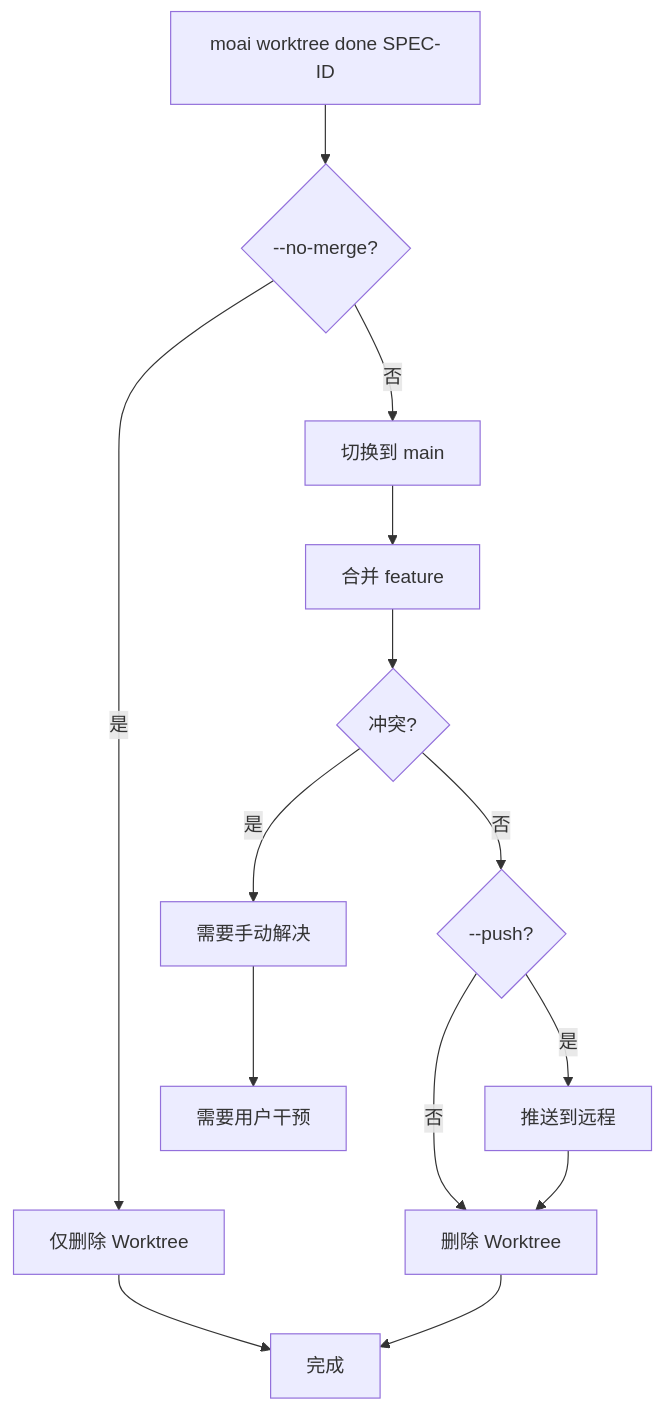
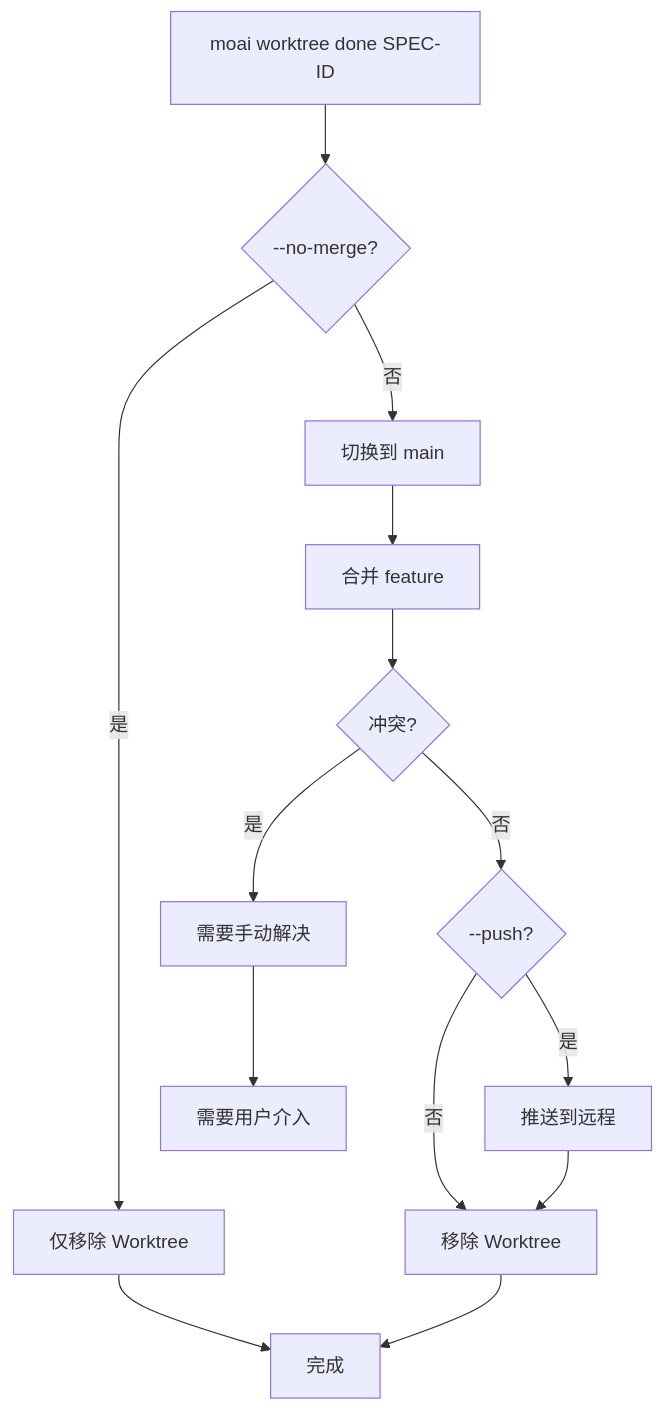
The fifth of 9 diagrams in docs-site/content/zh/worktree/faq.md (modu-ai/moai-adk), drawn with Mermaid before and after one commit. The commit also changed other lines of this file and 395 other files, not shown here.

````diff
--- a/docs-site/content/zh/worktree/faq.md
+++ b/docs-site/content/zh/worktree/faq.md
@@ -224,16 +224,16 @@
 ```mermaid
 flowchart TD
     A[moai worktree done SPEC-ID] --> B{--no-merge?}
-    B -->|是| C[仅删除 Worktree]
+    B -->|是| C[仅移除 Worktree]
     B -->|否| D[切换到 main]
     D --> E[合并 feature]
     E --> F{冲突?}
     F -->|是| G[需要手动解决]
     F -->|否| H{--push?}
     H -->|是| I[推送到远程]
-    H -->|否| J[删除 Worktree]
+    H -->|否| J[移除 Worktree]
     I --> J
     C --> K[完成]
     J --> K
-    G --> L[需要用户干预]
+    G --> L[需要用户介入]
 ```
````
